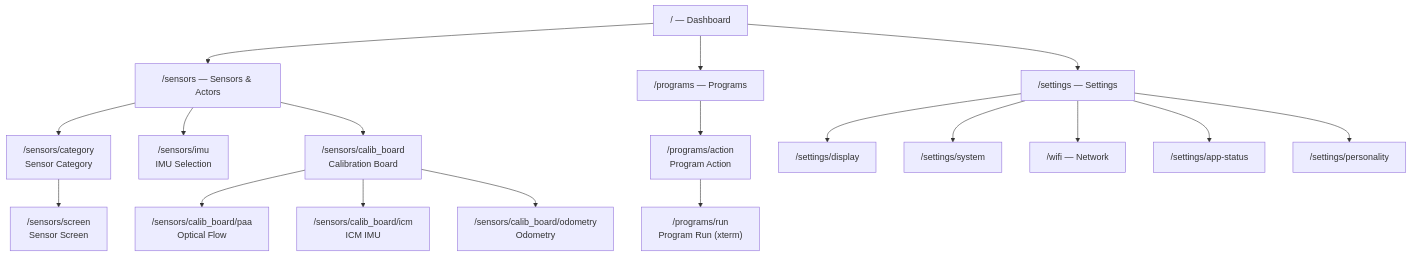
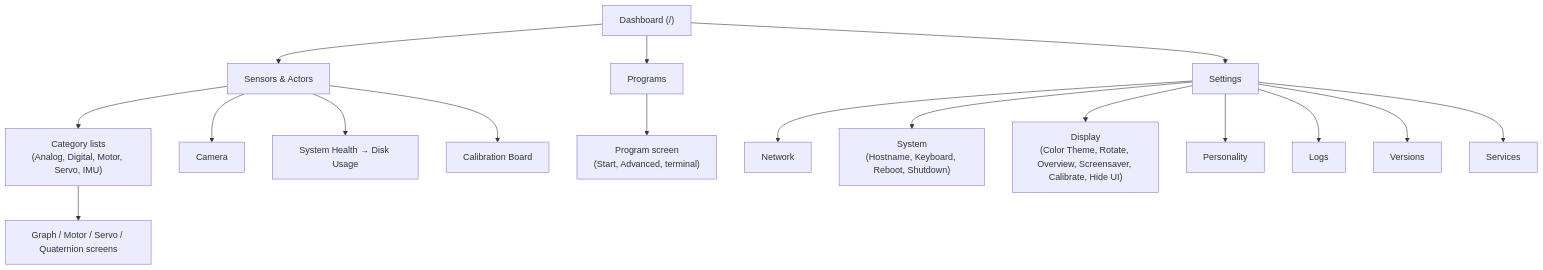
Before and after one commit to htl-stp-ecer/documentation: the second of 2 diagrams in content/05-bot-ui/_index.md, drawn with Mermaid. The commit also changed other lines of this file and 9 other files, not shown here.

````diff
--- a/content/05-bot-ui/_index.md
+++ b/content/05-bot-ui/_index.md
@@ -59,29 +71,23 @@
 ```mermaid
 graph TD
-    DASH["/ — Dashboard"]
-    SENS["/sensors — Sensors & Actors"]
-    PROG["/programs — Programs"]
-    SETT["/settings — Settings"]
+    DASH["Dashboard (/)"]
+    DASH --> SENS["Sensors & Actors"]
+    DASH --> PROG["Programs"]
+    DASH --> SETT["Settings"]
 
-    DASH --> SENS
-    DASH --> PROG
-    DASH --> SETT
+    SENS --> CAT["Category lists<br/>(Analog, Digital, Motor, Servo, IMU)"]
+    CAT --> SCR["Graph / Motor / Servo / Quaternion screens"]
+    SENS --> CAM["Camera"]
+    SENS --> SYS["System Health → Disk Usage"]
+    SENS --> CB["Calibration Board"]
 
-    SENS --> CAT["/sensors/category\nSensor Category"]
-    SENS --> IMU["/sensors/imu\nIMU Selection"]
-    SENS --> CB["/sensors/calib_board\nCalibration Board"]
-    CAT --> SCREEN["/sensors/screen\nSensor Screen"]
+    PROG --> RUN["Program screen<br/>(Start, Advanced, terminal)"]
 
-    CB --> PAA["/sensors/calib_board/paa\nOptical Flow"]
-    CB --> ICM["/sensors/calib_board/icm\nICM IMU"]
-    CB --> ODO["/sensors/calib_board/odometry\nOdometry"]
-
-    PROG --> ACT["/programs/action\nProgram Action"]
-    ACT --> RUN["/programs/run\nProgram Run (xterm)"]
-
-    SETT --> DISP["/settings/display"]
-    SETT --> SYS["/settings/system"]
-    SETT --> NET["/wifi — Network"]
-    SETT --> STATUS["/settings/app-status"]
-    SETT --> ROBOT["/settings/personality"]
+    SETT --> NET["Network"]
+    SETT --> SYSS["System<br/>(Hostname, Keyboard, Reboot, Shutdown)"]
+    SETT --> DISP["Display<br/>(Color Theme, Rotate, Overview, Screensaver, Calibrate, Hide UI)"]
+    SETT --> PERS["Personality"]
+    SETT --> LOGS["Logs"]
+    SETT --> VER["Versions"]
+    SETT --> SERV["Services"]
 ```
````
